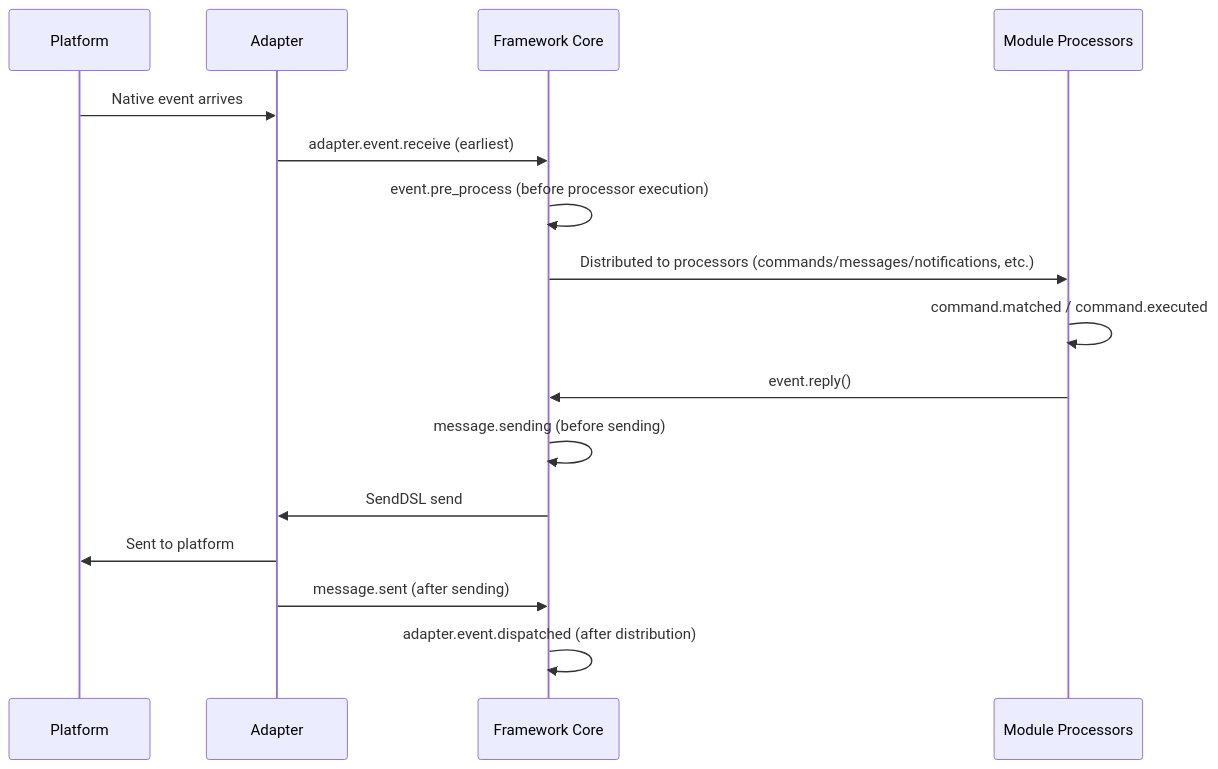
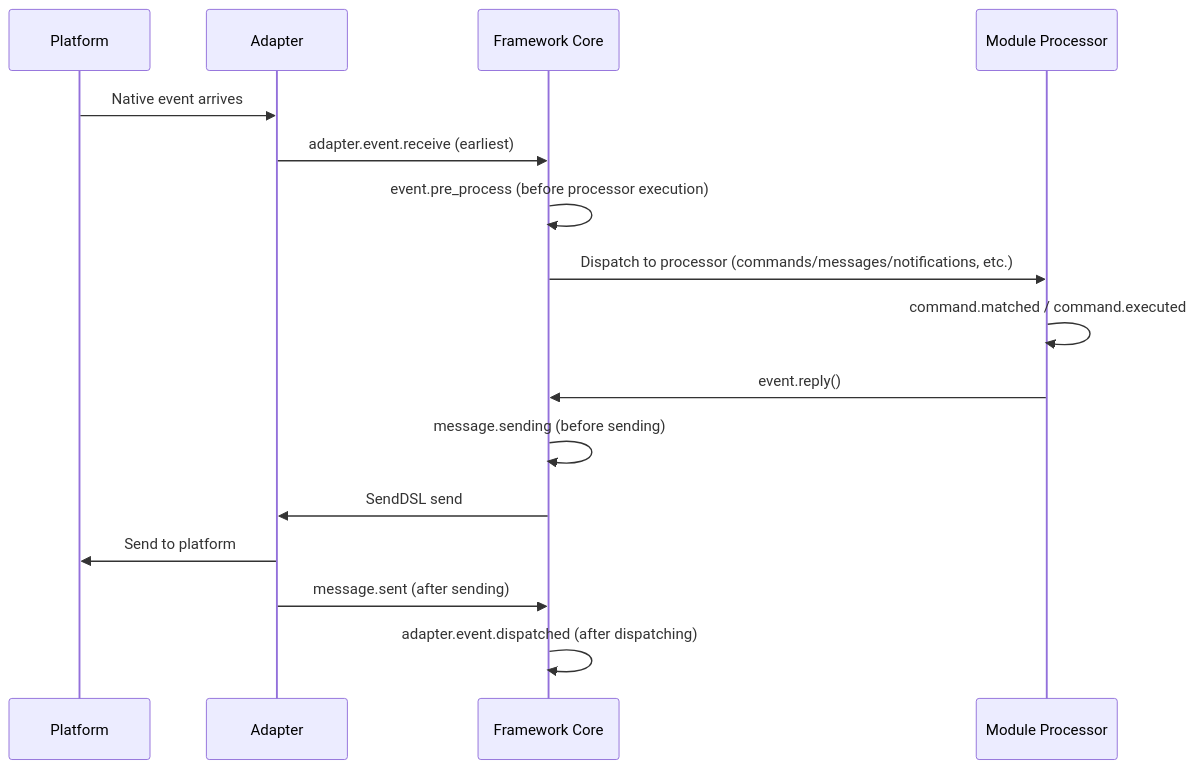
Before and after one commit to ErisPulse/ErisPulse: the diagram in docs/en/advanced/lifecycle.md, drawn with Mermaid. The commit also changed other lines of this file and 828 other files, not shown here.

````diff
--- a/docs/en/advanced/lifecycle.md
+++ b/docs/en/advanced/lifecycle.md
@@ -121,19 +124,19 @@
 ```mermaid
 sequenceDiagram
     participant P as Platform
     participant A as Adapter
     participant F as Framework Core
-    participant M as Module Processors
+    participant M as Module Processor
 
     P->>A: Native event arrives
     A->>F: adapter.event.receive (earliest)
     F->>F: event.pre_process (before processor execution)
-    F->>M: Distributed to processors (commands/messages/notifications, etc.)
+    F->>M: Dispatch to processor (commands/messages/notifications, etc.)
     M->>M: command.matched / command.executed
     M->>F: event.reply()
     F->>F: message.sending (before sending)
     F->>A: SendDSL send
-    A->>P: Sent to platform
+    A->>P: Send to platform
     A->>F: message.sent (after sending)
-    F->>F: adapter.event.dispatched (after distribution)
+    F->>F: adapter.event.dispatched (after dispatching)
 ```
````
